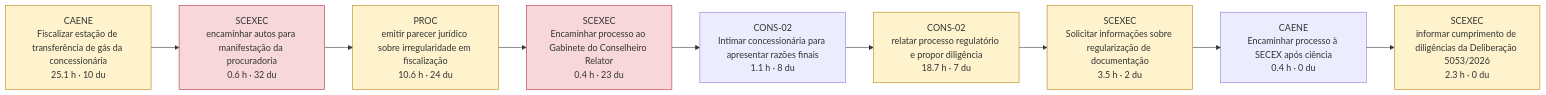
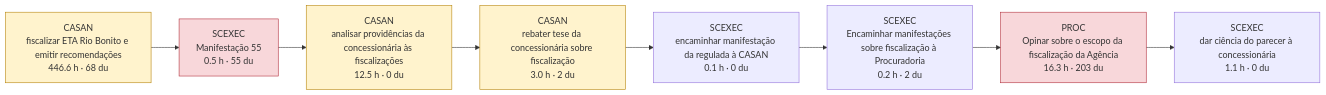
One commit to Neusa-Piacentini/mapeamento-processos-sei changed the diagram in docs/ASIS_PILOTO.md. Above: the diagram before and after it, drawn with Mermaid. The commit also changed other lines of this file and 303 other files, not shown here.

````diff
--- a/docs/ASIS_PILOTO.md
+++ b/docs/ASIS_PILOTO.md
@@ -178,29 +22,25 @@
 ```mermaid
 flowchart LR
-  t0["CAENE<br/>Fiscalizar estação de transferência de gás da concessionária<br/>25.1 h · 10 du"]
+  t0["CASAN<br/>fiscalizar ETA Rio Bonito e emitir recomendações<br/>446.6 h · 68 du"]
   class t0 perda
-  t1["SCEXEC<br/>encaminhar autos para manifestação da procuradoria<br/>0.6 h · 32 du"]
+  t1["SCEXEC<br/>Manifestação 55<br/>0.5 h · 55 du"]
   class t1 espera
-  t2["PROC<br/>emitir parecer jurídico sobre irregularidade em fiscalização<br/>10.6 h · 24 du"]
+  t2["CASAN<br/>analisar providências da concessionária às fiscalizações<br/>12.5 h · 0 du"]
   class t2 perda
-  t3["SCEXEC<br/>Encaminhar processo ao Gabinete do Conselheiro Relator<br/>0.4 h · 23 du"]
-  class t3 espera
-  t4["CONS-02<br/>Intimar concessionária para apresentar razões finais<br/>1.1 h · 8 du"]
-  t5["CONS-02<br/>relatar processo regulatório e propor diligência<br/>18.7 h · 7 du"]
-  class t5 perda
-  t6["SCEXEC<br/>Solicitar informações sobre regularização de documentação<br/>3.5 h · 2 du"]
-  class t6 perda
-  t7["CAENE<br/>Encaminhar processo à SECEX após ciência<br/>0.4 h · 0 du"]
-  t8["SCEXEC<br/>informar cumprimento de diligências da Deliberação 5053/2026<br/>2.3 h · 0 du"]
-  class t8 perda
+  t3["CASAN<br/>rebater tese da concessionária sobre fiscalização<br/>3.0 h · 2 du"]
+  class t3 perda
+  t4["SCEXEC<br/>encaminhar manifestação da regulada à CASAN<br/>0.1 h · 0 du"]
+  t5["SCEXEC<br/>Encaminhar manifestações sobre fiscalização à Procuradoria<br/>0.2 h · 2 du"]
+  t6["PROC<br/>Opinar sobre o escopo da fiscalização da Agência<br/>16.3 h · 203 du"]
+  class t6 espera
+  t7["SCEXEC<br/>dar ciência do parecer à concessionária<br/>1.1 h · 0 du"]
   t0 --> t1
   t1 --> t2
   t2 --> t3
   t3 --> t4
   t4 --> t5
   t5 --> t6
   t6 --> t7
-  t7 --> t8
   classDef espera fill:#f8d7da,stroke:#b02a37
   classDef perda fill:#fff3cd,stroke:#b58105
 ```
````
